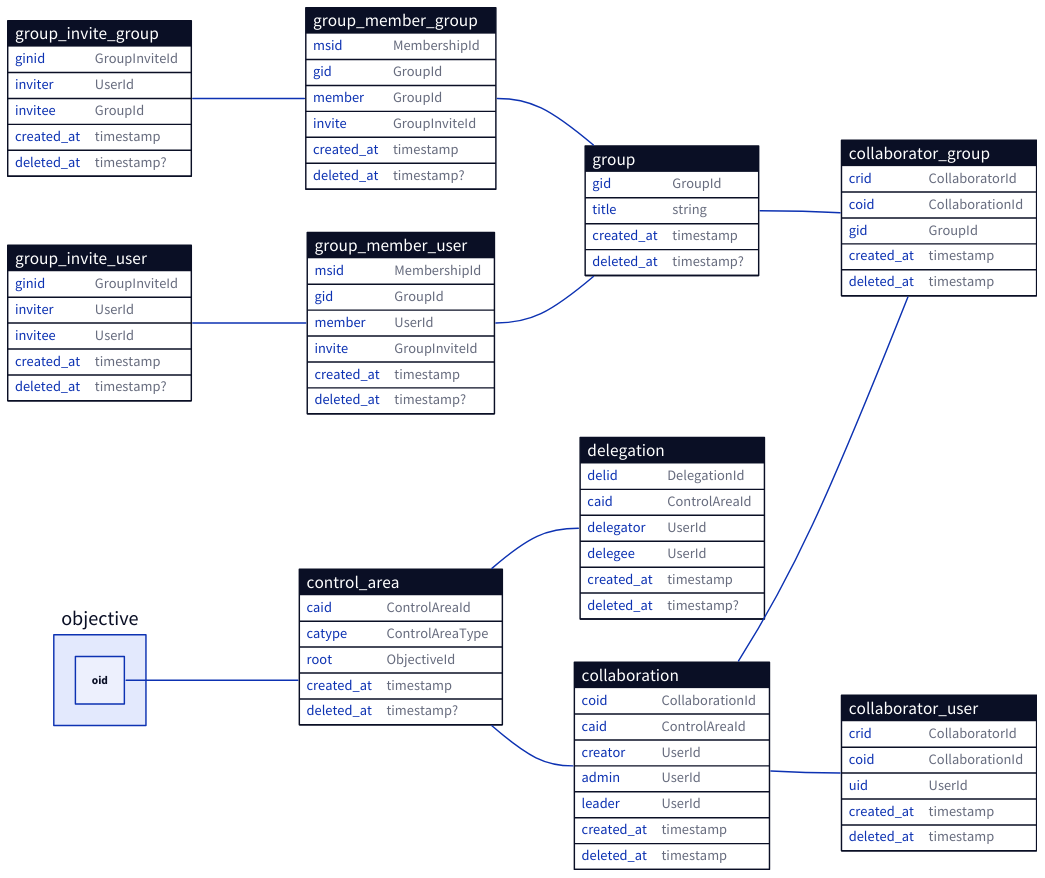
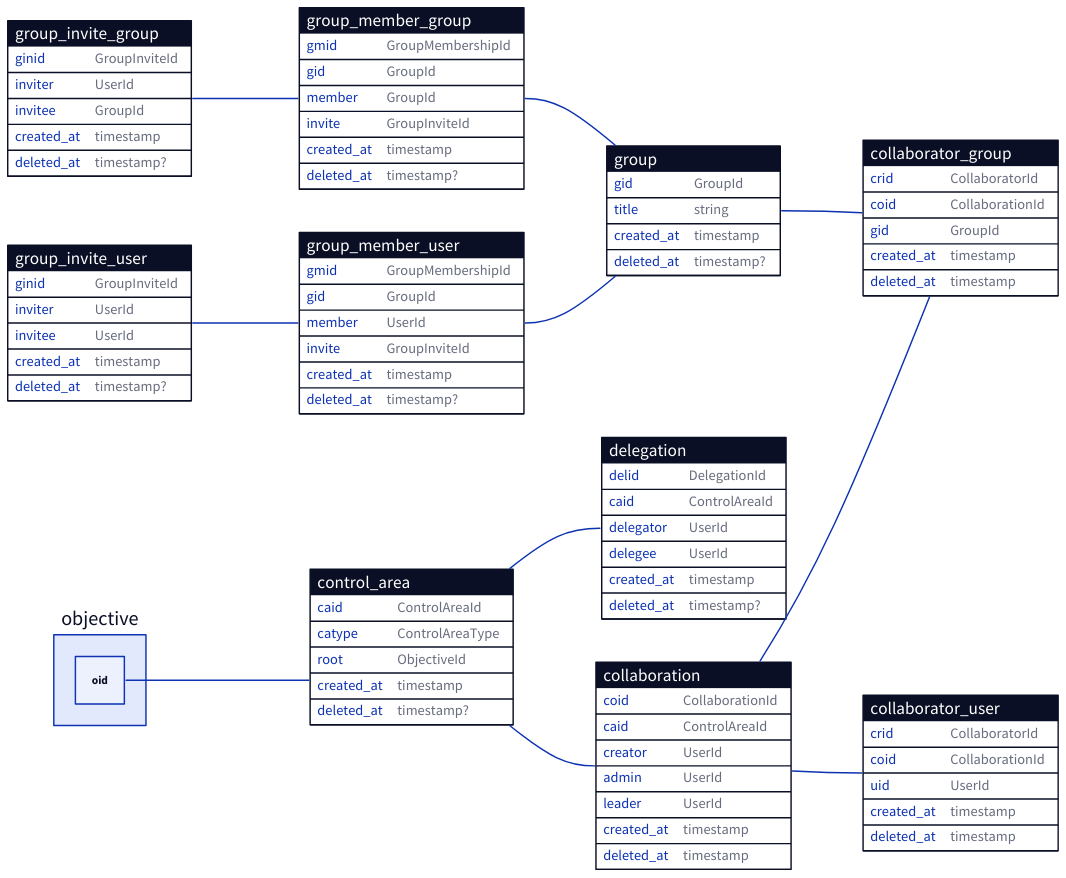
One commit to ufukty/logbook changed the diagram in docs/database/privileges.d2. Above: the diagram before and after it, drawn with D2. The commit also changed 2 other files, not shown here.

Commit message:
docs/database/privileges: renames `msid` to `gmid` and `MembershipId` to `GroupMembershipId` to differentiate it from general membership

```diff
--- a/docs/database/privileges.d2
+++ b/docs/database/privileges.d2
@@ -1,139 +1,139 @@
 direction: right
 
 control_area: {
   shape: sql_table
 
   caid: ControlAreaId
   catype: ControlAreaType
   
   root: ObjectiveId
 
   created_at: timestamp
   deleted_at: timestamp?
 }
 
 collaboration: {
   shape: sql_table
 
   coid: CollaborationId
   caid: ControlAreaId
 
   creator: UserId
   admin: UserId
   leader: UserId
 
   created_at: timestamp
   deleted_at: timestamp
 }
 
 collaborator_group: {
   shape: sql_table
 
   crid: CollaboratorId
   coid: CollaborationId
   gid: GroupId
 
   created_at: timestamp
   deleted_at: timestamp
 }
 
 collaborator_user: {
   shape: sql_table
 
   crid: CollaboratorId
   coid: CollaborationId
   uid: UserId
 
   created_at: timestamp
   deleted_at: timestamp
 }
 
 group: {
   shape: sql_table
   
   gid: GroupId
   title: string
   
   created_at: timestamp
   deleted_at: timestamp?
 }
 
 group_member_user: {
   shape: sql_table
 
-  msid: MembershipId
+  gmid: GroupMembershipId
   
   gid: GroupId
   member: UserId
   invite: GroupInviteId
   
   created_at: timestamp
   deleted_at: timestamp?
 }
 
 group_member_group: {
   shape: sql_table
 
-  msid: MembershipId
+  gmid: GroupMembershipId
   
   gid: GroupId
   member: GroupId
   invite: GroupInviteId
   
   created_at: timestamp
   deleted_at: timestamp?
 }
 
 group_invite_group: {
   shape: sql_table
 
   ginid: GroupInviteId
   
   inviter: UserId
   invitee: GroupId
   
   created_at: timestamp
   deleted_at: timestamp?
 }
 
 group_invite_user: {
   shape: sql_table
 
   ginid: GroupInviteId
   
   inviter: UserId
   invitee: UserId
   
   created_at: timestamp
   deleted_at: timestamp?
 }
 
 delegation: {
   shape: sql_table
 
   delid: DelegationId
 
   caid: ControlAreaId
 
   delegator: UserId
   delegee: UserId
 
   created_at: timestamp
   deleted_at: timestamp?
 }
 
 objective.oid -- control_area.root
 
 control_area.caid -- delegation.caid
 control_area.caid -- collaboration.caid
 
 collaboration.coid -- collaborator_group.coid
 collaboration.coid -- collaborator_user.coid
 
 group.gid -- collaborator_group.gid
 
 group_member_user.gid -- group.gid
 group_member_group.gid -- group.gid
 
 group_invite_group.ginid -- group_member_group.invite
 group_invite_user.ginid -- group_member_user.invite
```
